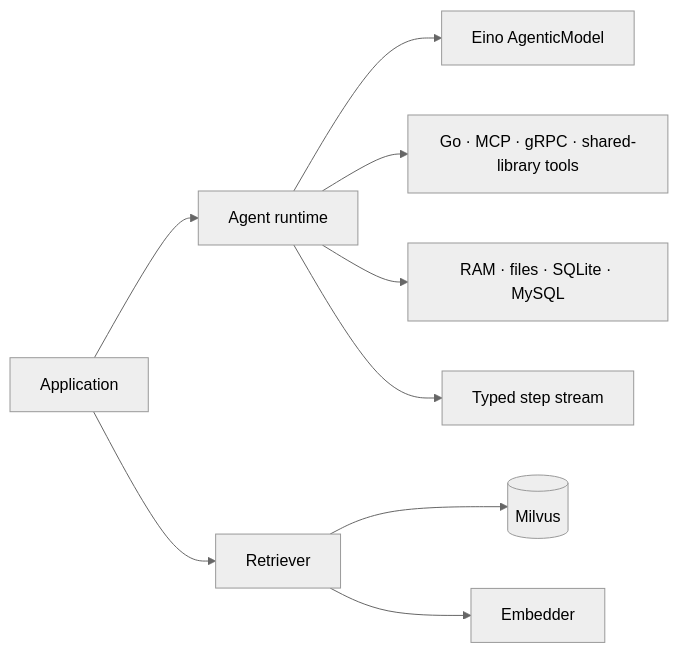
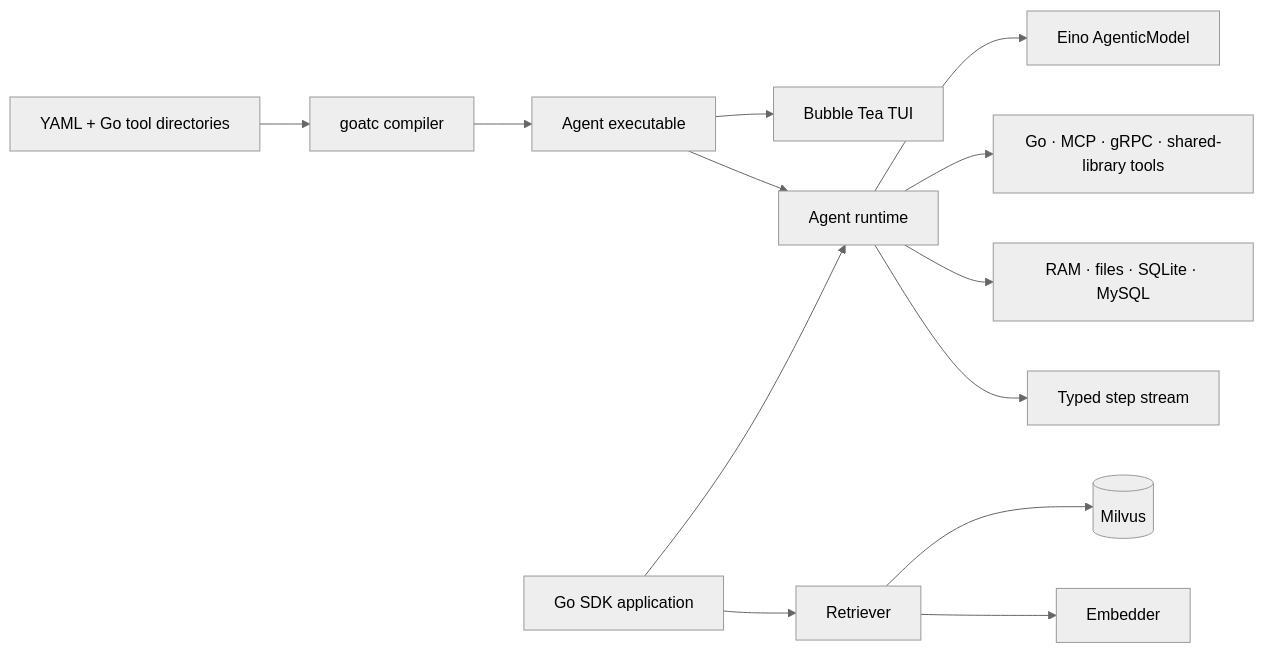
One commit to foxtorris/goat changed the diagram in README.md. Above: the diagram before and after it, drawn with Mermaid (neutral theme). The commit also changed other lines of this file and 10 other files, not shown here.

````diff
--- a/README.md
+++ b/README.md
@@ -48,11 +139,15 @@
 ```mermaid
 flowchart LR
-    App[Application] --> Agent[Agent runtime]
+    Source[YAML + Go tool directories] --> Goatc[goatc compiler]
+    Goatc --> Binary[Agent executable]
+    Binary --> TUI[Bubble Tea TUI]
+    Binary --> Agent[Agent runtime]
+    SDK[Go SDK application] --> Agent
     Agent --> Model[Eino AgenticModel]
     Agent --> Tools[Go · MCP · gRPC · shared-library tools]
     Agent --> ContextManager[RAM · files · SQLite · MySQL]
     Agent --> Steps[Typed step stream]
-    App --> Retriever[Retriever]
+    SDK --> Retriever[Retriever]
     Retriever --> Milvus[(Milvus)]
     Retriever --> Embedder[Embedder]
 ```
````
